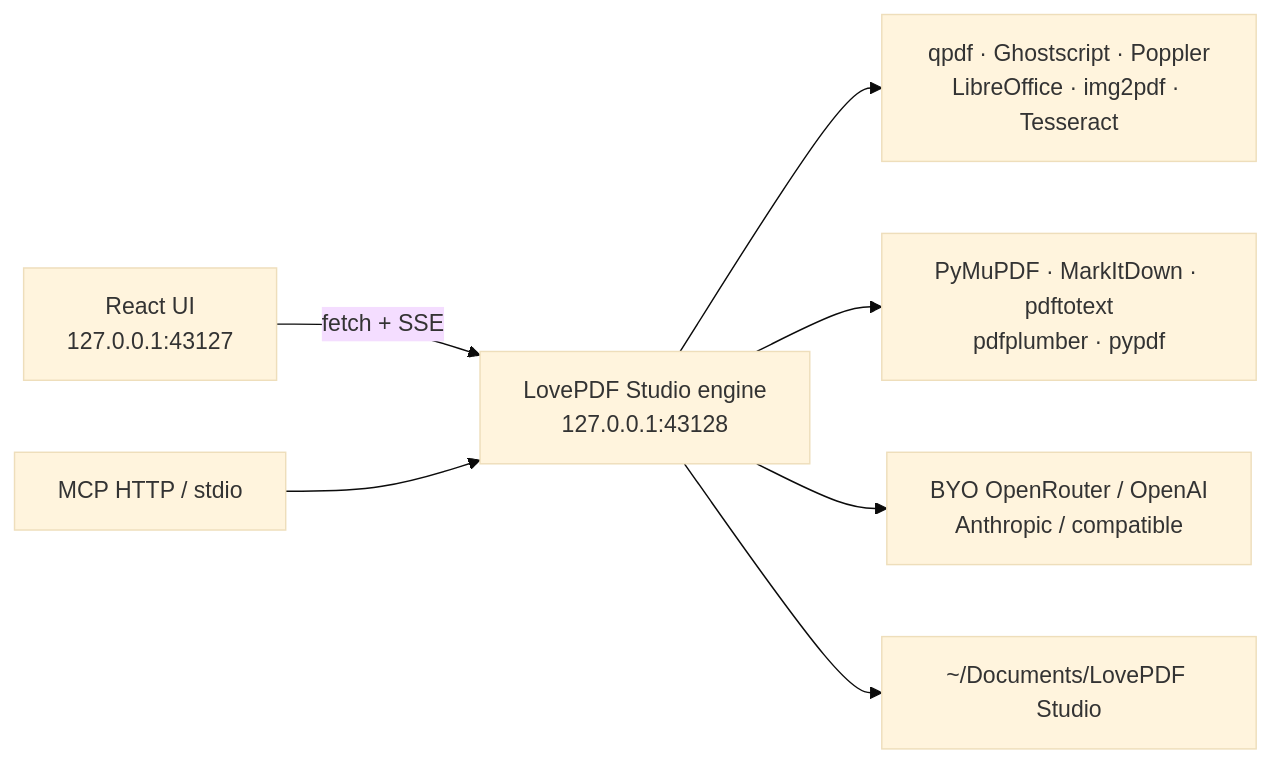
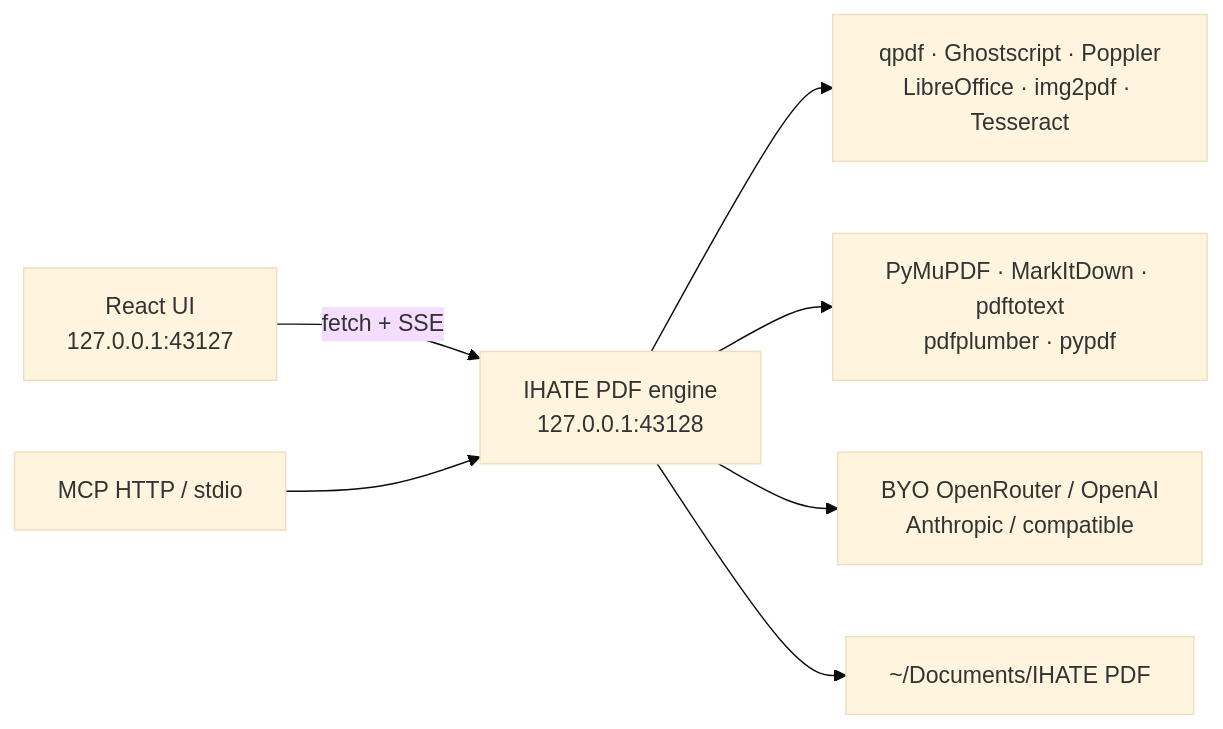
One commit to imodoiepale/ihate-pdf changed the diagram in README.md. Above: the diagram before and after it, drawn with Mermaid (base theme). The commit also changed other lines of this file and 29 other files, not shown here.

First line of the commit message:
Rebrand LovePDF Studio to IHATE PDF.

````diff
--- a/README.md
+++ b/README.md
@@ -92,9 +92,9 @@
 ```mermaid
 flowchart LR
-  UI["React UI<br/>127.0.0.1:43127"] -->|fetch + SSE| Engine["LovePDF Studio engine<br/>127.0.0.1:43128"]
+  UI["React UI<br/>127.0.0.1:43127"] -->|fetch + SSE| Engine["IHATE PDF engine<br/>127.0.0.1:43128"]
   MCP["MCP HTTP / stdio"] --> Engine
   Engine --> CLI["qpdf · Ghostscript · Poppler<br/>LibreOffice · img2pdf · Tesseract"]
   Engine --> Parse["PyMuPDF · MarkItDown · pdftotext<br/>pdfplumber · pypdf"]
   Engine --> LLM["BYO OpenRouter / OpenAI<br/>Anthropic / compatible"]
-  Engine --> Disk["~/Documents/LovePDF Studio"]
+  Engine --> Disk["~/Documents/IHATE PDF"]
 ```
````
